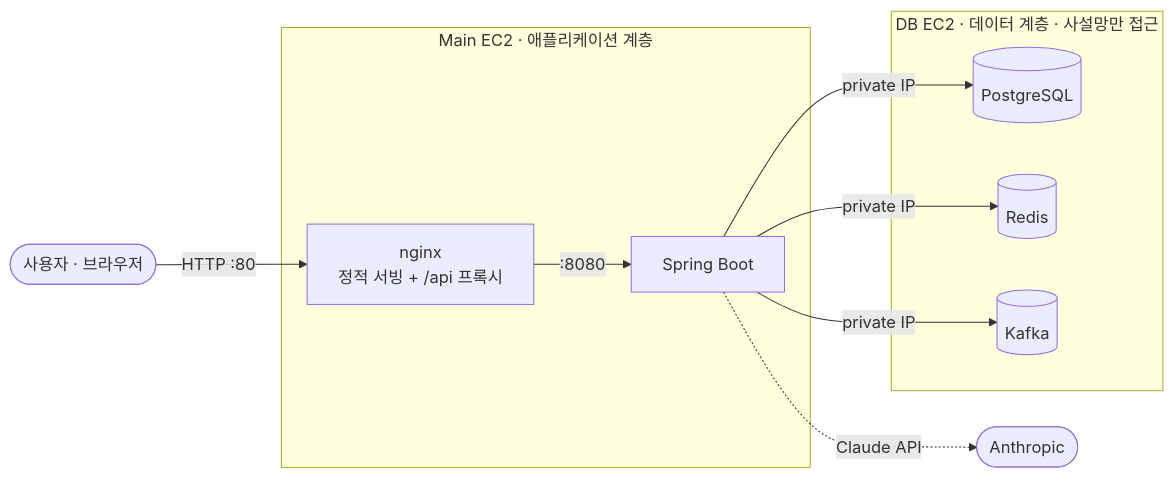
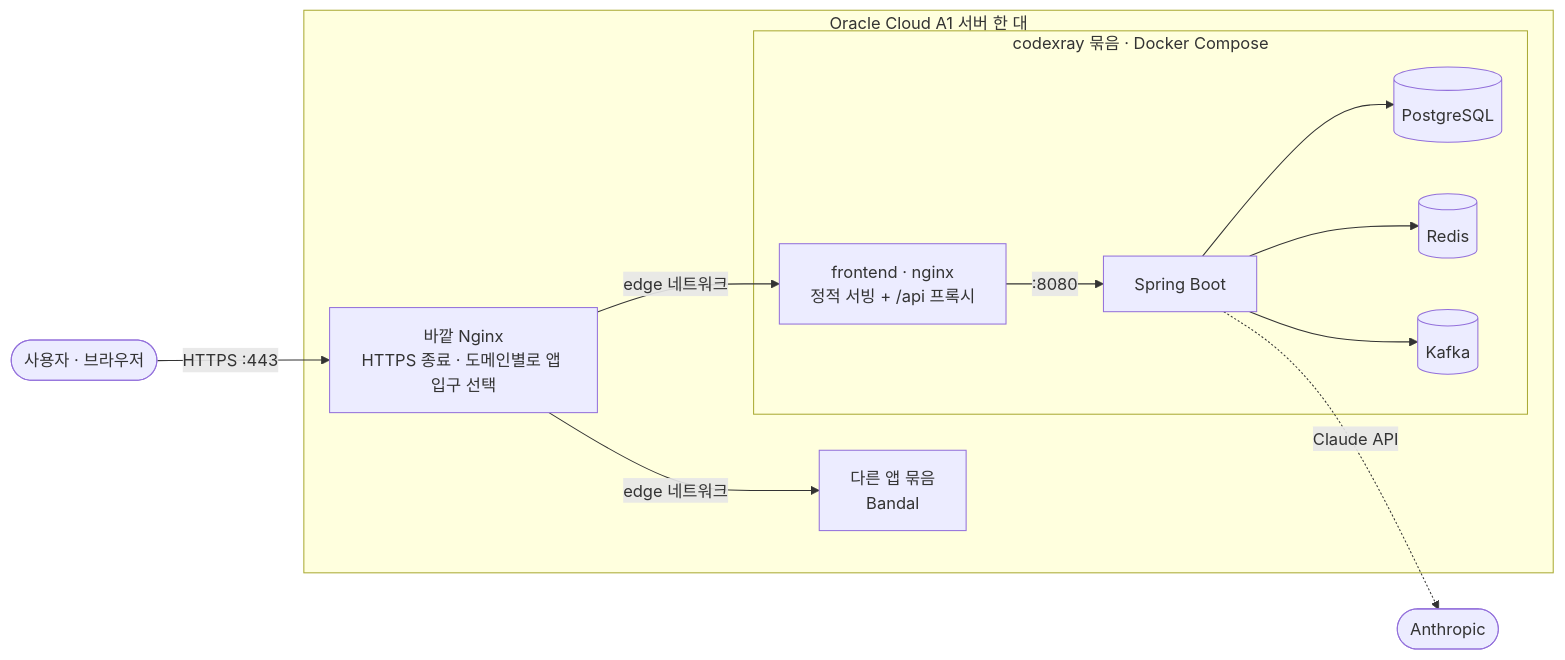
Before and after one commit to lovejg/codeXray_Spring: the first of 2 diagrams in README.md, drawn with Mermaid. The commit also changed other lines of this file and 14 other files, not shown here.

Commit message:
배포: Docker 이미지, 서버 compose, CI/CD, 백업, 문제 데이터 넣기

````diff
--- a/README.md
+++ b/README.md
@@ -69,19 +70,21 @@
 ```mermaid
 flowchart LR
-    user([사용자 · 브라우저]) -->|HTTP :80| nginx
+    user([사용자 · 브라우저]) -->|HTTPS :443| edge
 
-    subgraph main[Main EC2 · 애플리케이션 계층]
-        nginx[nginx<br/>정적 서빙 + /api 프록시] -->|:8080| backend[Spring Boot]
+    subgraph server[Oracle Cloud A1 서버 한 대]
+        edge[바깥 Nginx<br/>HTTPS 종료 · 도메인별로 앱 입구 선택]
+
+        subgraph cx[codexray 묶음 · Docker Compose]
+            nginx[frontend · nginx<br/>정적 서빙 + /api 프록시] -->|:8080| backend[Spring Boot]
+            backend --> pg[(PostgreSQL)]
+            backend --> redis[(Redis)]
+            backend --> kafka[(Kafka)]
+        end
+
+        other[다른 앱 묶음<br/>Bandal]
+        edge -->|edge 네트워크| nginx
+        edge -->|edge 네트워크| other
     end
 
-    subgraph db[DB EC2 · 데이터 계층 · 사설망만 접근]
-        pg[(PostgreSQL)]
-        redis[(Redis)]
-        kafka[(Kafka)]
-    end
-
-    backend -->|private IP| pg
-    backend -->|private IP| redis
-    backend -->|private IP| kafka
     backend -.->|Claude API| anthropic([Anthropic])
 ```
````
